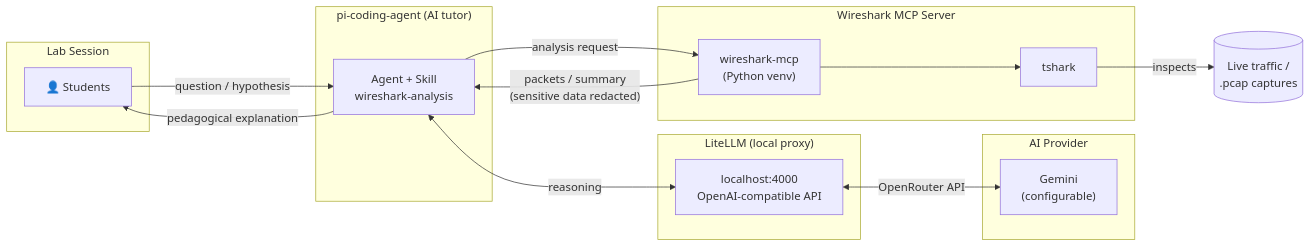
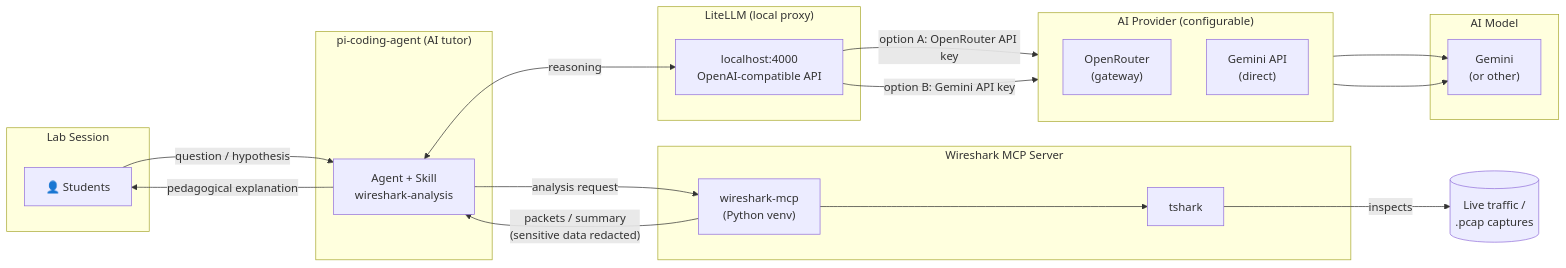
The diagram in README.md (linares2002/agent), drawn with Mermaid before and after one commit. The commit also changed other lines of this file and 1 other file, not shown here.

````diff
--- a/README.md
+++ b/README.md
@@ -21,34 +26,43 @@
 ```mermaid
 flowchart LR
     subgraph Student["Lab Session"]
         A["👤 Students"]
     end
 
     subgraph Agent["pi-coding-agent (AI tutor)"]
         B["Agent + Skill\nwireshark-analysis"]
     end
 
     subgraph Proxy["LiteLLM (local proxy)"]
         L["localhost:4000\nOpenAI-compatible API"]
     end
 
-    subgraph Provider["AI Provider"]
-        C["Gemini\n(configurable)"]
+    subgraph Routing["AI Provider (configurable)"]
+        direction TB
+        OR["OpenRouter\n(gateway)"]
+        GD["Gemini API\n(direct)"]
+    end
+
+    subgraph Model["AI Model"]
+        C["Gemini\n(or other)"]
     end
 
     subgraph MCP["Wireshark MCP Server"]
         D["wireshark-mcp\n(Python venv)"]
         E["tshark"]
     end
 
     F[("Live traffic /\n.pcap captures")]
 
     A -- "question / hypothesis" --> B
     B -- "pedagogical explanation" --> A
     B <-- "reasoning" --> L
-    L <-- "OpenRouter API" --> C
+    L -- "option A: OpenRouter API key" --> OR
+    L -- "option B: Gemini API key" --> GD
+    OR --> C
+    GD --> C
     B -- "analysis request" --> D
     D --> E
     E -- "inspects" --> F
     D -- "packets / summary\n(sensitive data redacted)" --> B
 ```
````
